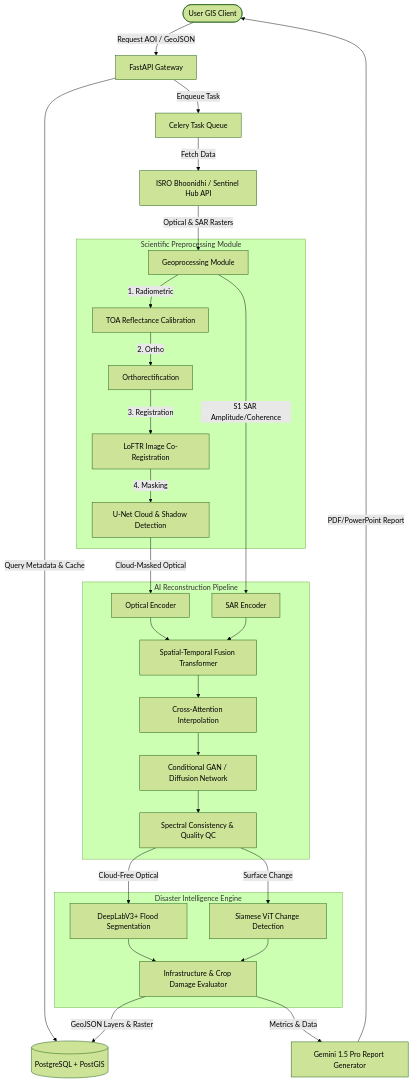
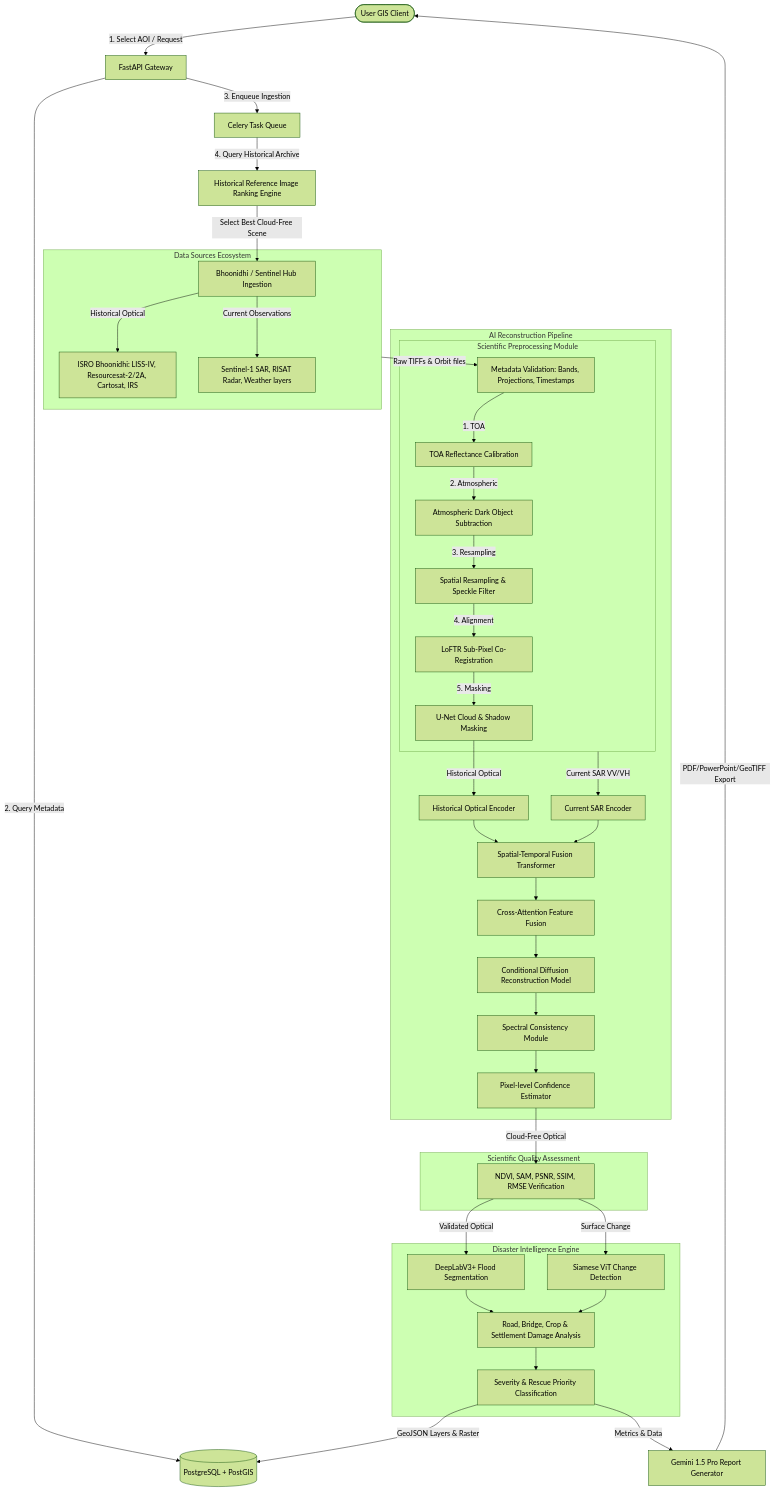
One commit to kavishtiwari2007-stack/cloudfree-ai changed the diagram in README.md. Above: the diagram before and after it, drawn with Mermaid (forest theme). The commit also changed other lines of this file and 6 other files, not shown here.

Commit message:
feat: add metadata validation, speckle filtering, reference rankings, and scientific QA metrics (PSNR, SSIM, RMSE, SAM) to pipeline

````diff
--- a/README.md
+++ b/README.md
@@ -9,37 +9,53 @@
 ```mermaid
 graph TD
-    User([User GIS Client]) -->|Request AOI / GeoJSON| API[FastAPI Gateway]
-    API -->|Query Metadata & Cache| DB[(PostgreSQL + PostGIS)]
+    User([User GIS Client]) -->|1. Select AOI / Request| API[FastAPI Gateway]
+    API -->|2. Query Metadata| DB[(PostgreSQL + PostGIS)]
     
-    %% Processing Pipeline
-    API -->|Enqueue Task| Celery[Celery Task Queue]
-    Celery -->|Fetch Data| Bhoonidhi[ISRO Bhoonidhi / Sentinel Hub API]
-    Bhoonidhi -->|Optical & SAR Rasters| Prep[Geoprocessing Module]
+    %% Ingestion
+    API -->|3. Enqueue Ingestion| Celery[Celery Task Queue]
+    Celery -->|4. Query Historical Archive| RefRank[Historical Reference Image Ranking Engine]
+    RefRank -->|Select Best Cloud-Free Scene| Ingest[Bhoonidhi / Sentinel Hub Ingestion]
     
-    subgraph Preprocessing [Scientific Preprocessing Module]
-        Prep -->|1. Radiometric| Calib[TOA Reflectance Calibration]
-        Calib -->|2. Ortho| Ortho[Orthorectification]
-        Ortho -->|3. Registration| Reg[LoFTR Image Co-Registration]
-        Reg -->|4. Masking| CloudDet[U-Net Cloud & Shadow Detection]
+    subgraph IngestDS [Data Sources Ecosystem]
+        Ingest -->|Historical Optical| Bhoonidhi[ISRO Bhoonidhi: LISS-IV, Resourcesat-2/2A, Cartosat, IRS]
+        Ingest -->|Current Observations| Radar[Sentinel-1 SAR, RISAT Radar, Weather layers]
+    end
+
+    %% Verification & Validation
+    IngestDS -->|Raw TIFFs & Orbit files| MetaVal[Metadata Validation: Bands, Projections, Timestamps]
+
+    subgraph Prep [Scientific Preprocessing Module]
+        MetaVal -->|1. TOA| Calib[TOA Reflectance Calibration]
+        Calib -->|2. Atmospheric| Atmos[Atmospheric Dark Object Subtraction]
+        Atmos -->|3. Resampling| Resamp[Spatial Resampling & Speckle Filter]
+        Resamp -->|4. Alignment| Reg[LoFTR Sub-Pixel Co-Registration]
+        Reg -->|5. Masking| CloudDet[U-Net Cloud & Shadow Masking]
     end
     
     subgraph AI [AI Reconstruction Pipeline]
-        CloudDet -->|Cloud-Masked Optical| OptEnc[Optical Encoder]
-        Prep -->|S1 SAR Amplitude/Coherence| SAREnc[SAR Encoder]
+        CloudDet -->|Historical Optical| OptEnc[Historical Optical Encoder]
+        Prep -->|Current SAR VV/VH| SAREnc[Current SAR Encoder]
         
         OptEnc & SAREnc --> TempFuse[Spatial-Temporal Fusion Transformer]
-        TempFuse --> CrossAttn[Cross-Attention Interpolation]
-        CrossAttn --> DiffNet[Conditional GAN / Diffusion Network]
-        DiffNet --> SpecCons[Spectral Consistency & Quality QC]
+        TempFuse --> CrossAttn[Cross-Attention Feature Fusion]
+        CrossAttn --> DiffNet[Conditional Diffusion Reconstruction Model]
+        DiffNet --> SpecCons[Spectral Consistency Module]
+        SpecCons --> ConfEst[Pixel-level Confidence Estimator]
+    end
+
+    subgraph Verification [Scientific Quality Assessment]
+        ConfEst -->|Cloud-Free Optical| SpectralVal[NDVI, SAM, PSNR, SSIM, RMSE Verification]
     end
 
     subgraph Disaster [Disaster Intelligence Engine]
-        SpecCons -->|Cloud-Free Optical| FloodSeg[DeepLabV3+ Flood Segmentation]
-        SpecCons -->|Surface Change| ChangeDet[Siamese ViT Change Detection]
-        FloodSeg & ChangeDet --> DamEval[Infrastructure & Crop Damage Evaluator]
+        SpectralVal -->|Validated Optical| FloodSeg[DeepLabV3+ Flood Segmentation]
+        SpectralVal -->|Surface Change| ChangeDet[Siamese ViT Change Detection]
+        
+        FloodSeg & ChangeDet --> DamEval[Road, Bridge, Crop & Settlement Damage Analysis]
+        DamEval --> SevClass[Severity & Rescue Priority Classification]
     end
     
-    DamEval -->|GeoJSON Layers & Raster| DB
-    DamEval -->|Metrics & Data| Gemini[Gemini 1.5 Pro Report Generator]
-    Gemini -->|PDF/PowerPoint Report| User
+    SevClass -->|GeoJSON Layers & Raster| DB
+    SevClass -->|Metrics & Data| Gemini[Gemini 1.5 Pro Report Generator]
+    Gemini -->|PDF/PowerPoint/GeoTIFF Export| User
 ```
````
